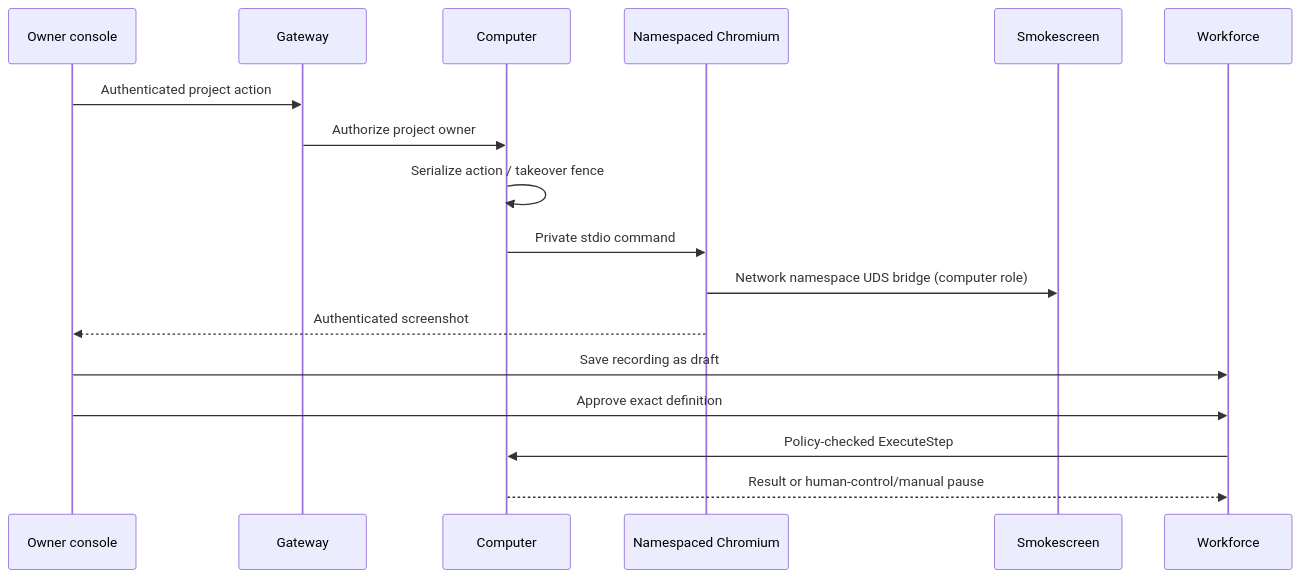
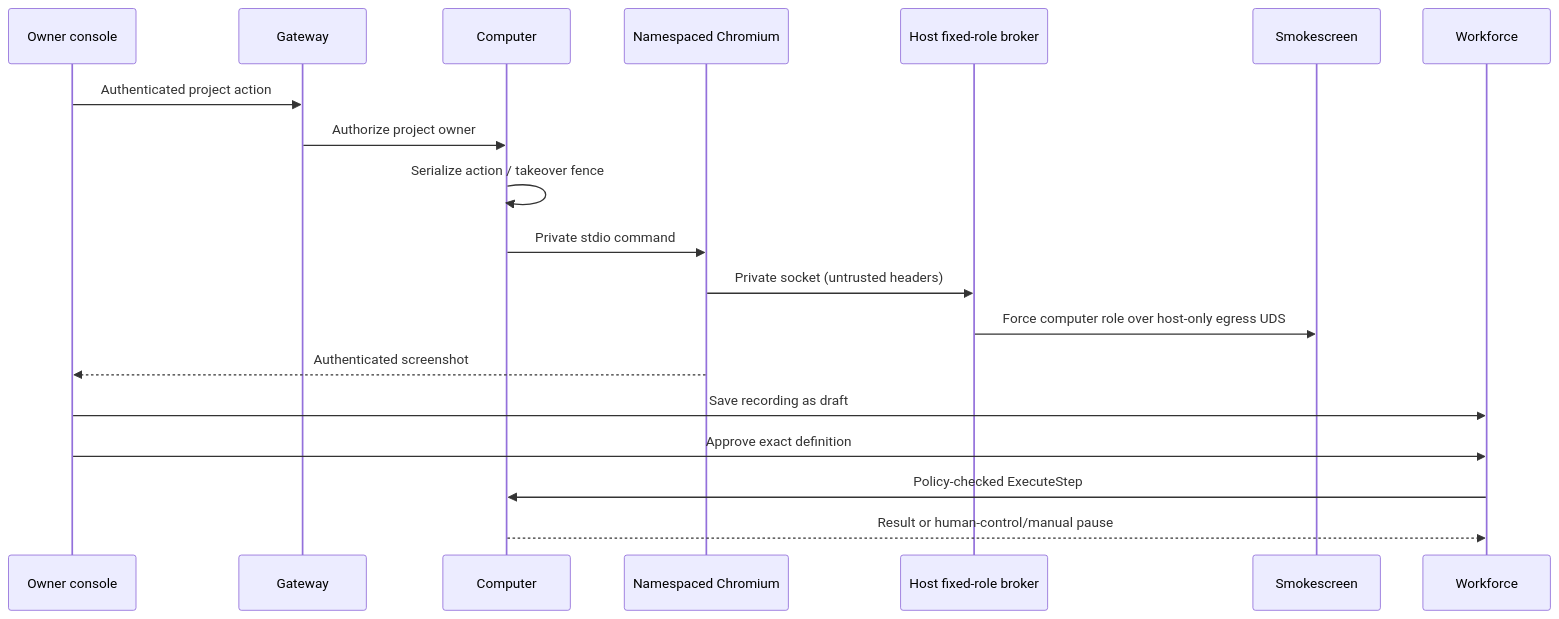
Before and after one commit to jmylchreest/lobslaw: the diagram in docs/dev/COMPUTER.md, drawn with Mermaid. The commit also changed other lines of this file and 21 other files, not shown here.

Commit message:
fix(computer): isolate browser authority and add scoped automation

````diff
--- a/docs/dev/COMPUTER.md
+++ b/docs/dev/COMPUTER.md
@@ -14,19 +14,21 @@
 ```mermaid
 sequenceDiagram
     participant Human as Owner console
     participant Gateway
     participant Computer
     participant Browser as Namespaced Chromium
+    participant Broker as Host fixed-role broker
     participant Proxy as Smokescreen
     participant Workforce
     Human->>Gateway: Authenticated project action
     Gateway->>Computer: Authorize project owner
     Computer->>Computer: Serialize action / takeover fence
     Computer->>Browser: Private stdio command
-    Browser->>Proxy: Network namespace UDS bridge (computer role)
+    Browser->>Broker: Private socket (untrusted headers)
+    Broker->>Proxy: Force computer role over host-only egress UDS
     Browser-->>Human: Authenticated screenshot
     Human->>Workforce: Save recording as draft
     Human->>Workforce: Approve exact definition
     Workforce->>Computer: Policy-checked ExecuteStep
     Computer-->>Workforce: Result or human-control/manual pause
 ```
````
